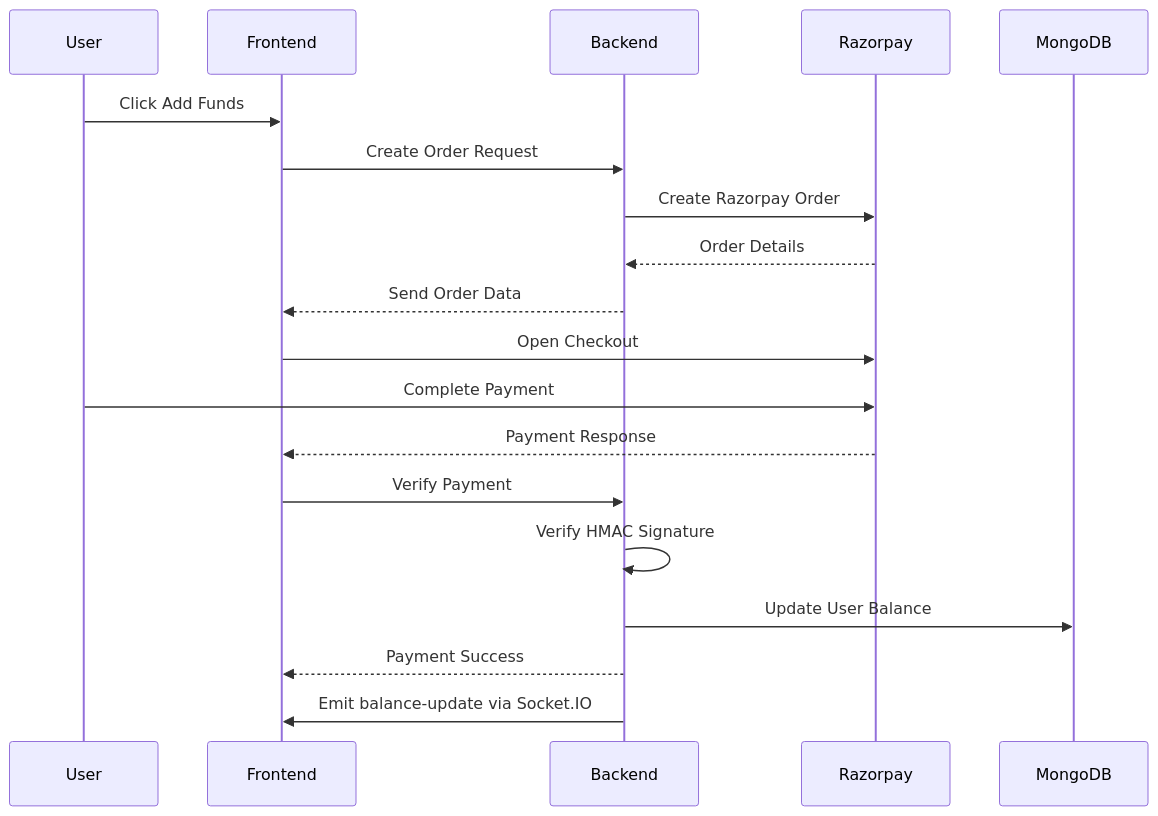
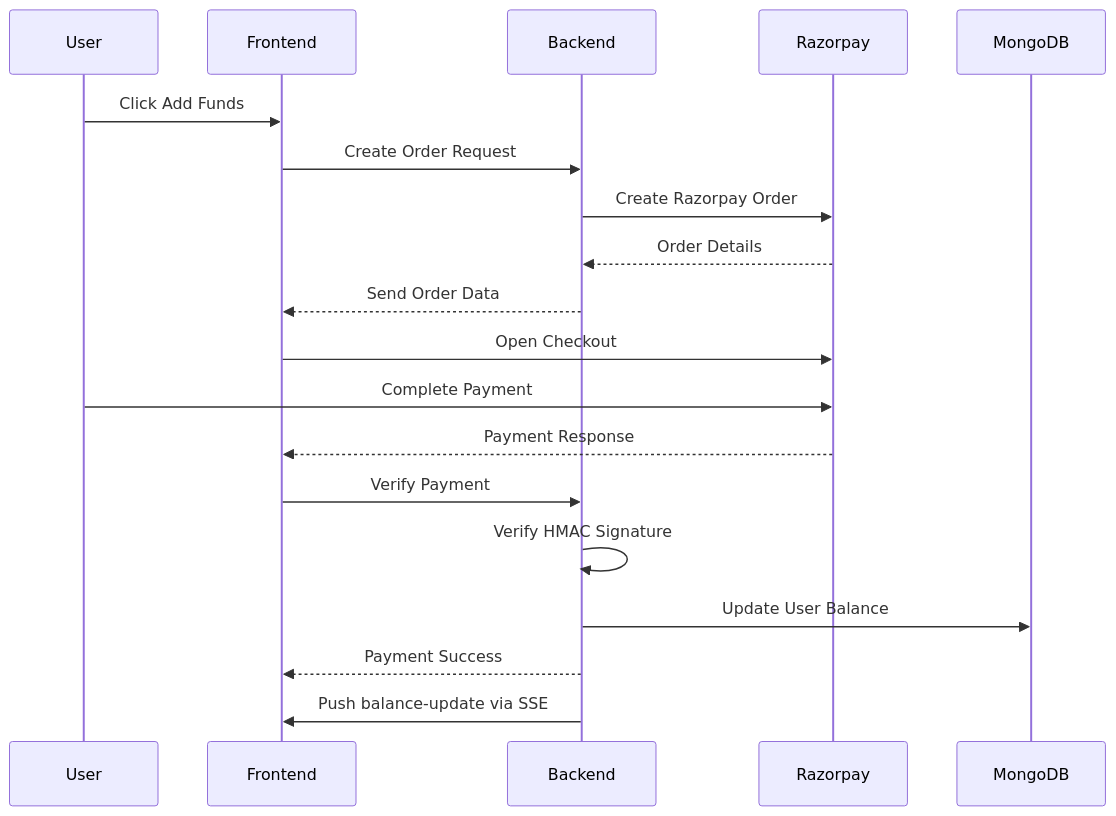
The fourth of 4 diagrams in README.md (priya3054/zerodha-specmatic), drawn with Mermaid before and after one commit. The commit also changed other lines of this file and 16 other files, not shown here.

First line of the commit message:
feat(realtime): replace Socket.IO with SSE, fix Specmatic license mount

````diff
--- a/README.md
+++ b/README.md
@@ -131,34 +131,34 @@
 ```mermaid
 sequenceDiagram
 
 participant User
 participant Frontend
 participant Backend
 participant Razorpay
 
 User->>Frontend: Click Add Funds
 
 Frontend->>Backend: Create Order Request
 
 Backend->>Razorpay: Create Razorpay Order
 
 Razorpay-->>Backend: Order Details
 
 Backend-->>Frontend: Send Order Data
 
 Frontend->>Razorpay: Open Checkout
 
 User->>Razorpay: Complete Payment
 
 Razorpay-->>Frontend: Payment Response
 
 Frontend->>Backend: Verify Payment
 
 Backend->>Backend: Verify HMAC Signature
 
 Backend->>MongoDB: Update User Balance
 
 Backend-->>Frontend: Payment Success
 
-Backend->>Frontend: Emit balance-update via Socket.IO
+Backend->>Frontend: Push balance-update via SSE
 ```
````
